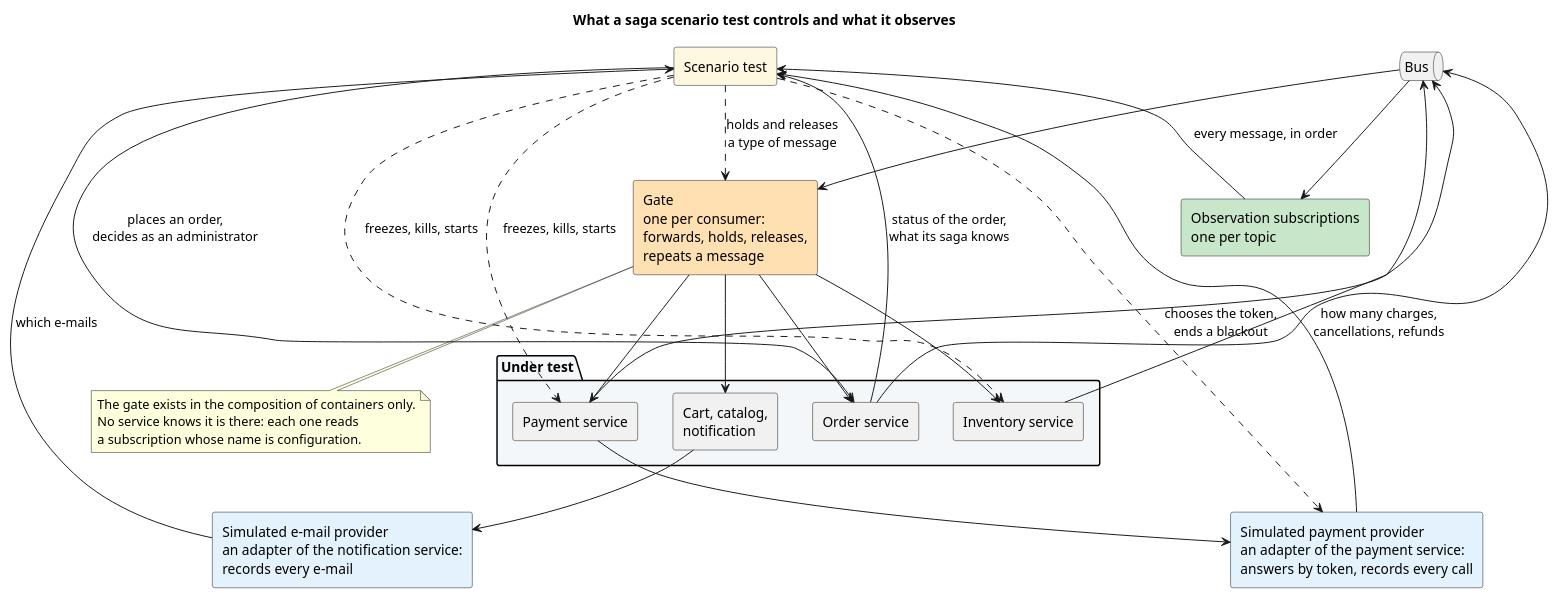
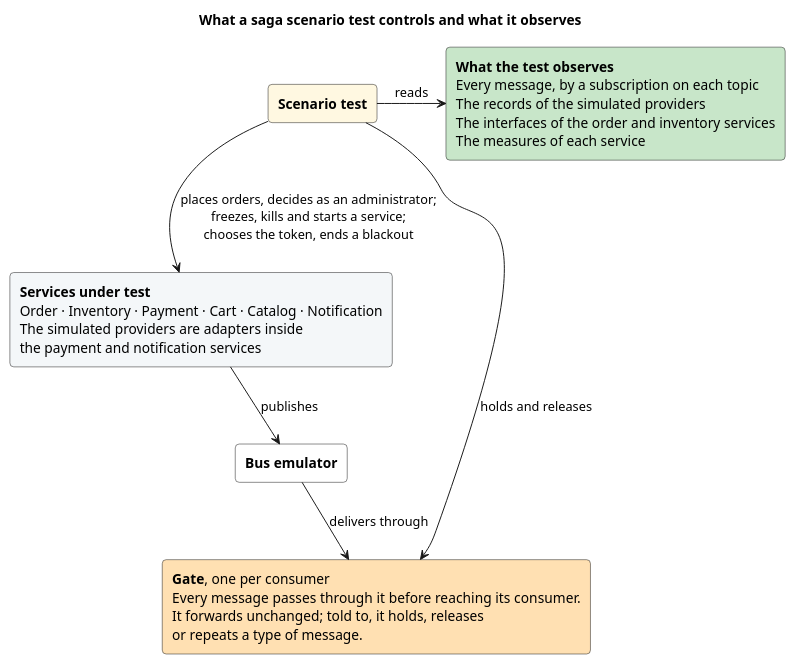
The diagram in doc/2-spec/07-quality-testing/diagrams/scenario-harness.puml (AxeloLabs/alten-commerce-platform), drawn with PlantUML before and after one commit. The commit also changed 1 other file, not shown here.

```diff
--- a/doc/2-spec/07-quality-testing/diagrams/scenario-harness.puml
+++ b/doc/2-spec/07-quality-testing/diagrams/scenario-harness.puml
@@ -1,47 +1,24 @@
 @startuml
 title What a saga scenario test controls and what it observes
 
 skinparam componentStyle rectangle
-
-component "Scenario test" as T #FFF8E1
-
-package "Under test" #F4F7F9 {
-  component "Order service" as O
-  component "Inventory service" as I
-  component "Payment service" as P
-  component "Cart, catalog,\nnotification" as R
+skinparam rectangle {
+  RoundCorner 8
 }
 
-queue "Bus" as BUS
-component "Gate\none per consumer:\nforwards, holds, releases,\nrepeats a message" as G #FFE0B2
-component "Simulated payment provider\nan adapter of the payment service:\nanswers by token, records every call" as PSP #E3F2FD
-component "Simulated e-mail provider\nan adapter of the notification service:\nrecords every e-mail" as MAIL #E3F2FD
-component "Observation subscriptions\none per topic" as OBS #C8E6C9
+rectangle "**Scenario test**" as T #FFF8E1
 
-T --> O : places an order,\ndecides as an administrator
-T ..> G : holds and releases\na type of message
-T ..> I : freezes, kills, starts
-T ..> P : freezes, kills, starts
-T ..> PSP : chooses the token,\nends a blackout
-O --> BUS
-I --> BUS
-P --> BUS
-BUS --> G
-G --> O
-G --> I
-G --> P
-G --> R
-P --> PSP
-R --> MAIL
-BUS --> OBS
-T <-- OBS : every message, in order
-T <-- PSP : how many charges,\ncancellations, refunds
-T <-- MAIL : which e-mails
-T <-- O : status of the order,\nwhat its saga knows
+rectangle "**Services under test**\nOrder · Inventory · Payment · Cart · Catalog · Notification\nThe simulated providers are adapters inside\nthe payment and notification services" as S #F4F7F9
 
-note bottom of G
-  The gate exists in the composition of containers only.
-  No service knows it is there: each one reads
-  a subscription whose name is configuration.
-end note
+rectangle "**Bus emulator**" as BUS #FFFFFF
+
+rectangle "**Gate**, one per consumer\nEvery message passes through it before reaching its consumer.\nIt forwards unchanged; told to, it holds, releases\nor repeats a type of message." as G #FFE0B2
+
+rectangle "**What the test observes**\nEvery message, by a subscription on each topic\nThe records of the simulated providers\nThe interfaces of the order and inventory services\nThe measures of each service" as O #C8E6C9
+
+T -down-> S : places orders, decides as an administrator;\nfreezes, kills and starts a service;\nchooses the token, ends a blackout
+S -down-> BUS : publishes
+BUS -down-> G : delivers through
+T -right-> O : reads
+T -down-> G : holds and releases
 @enduml
```
